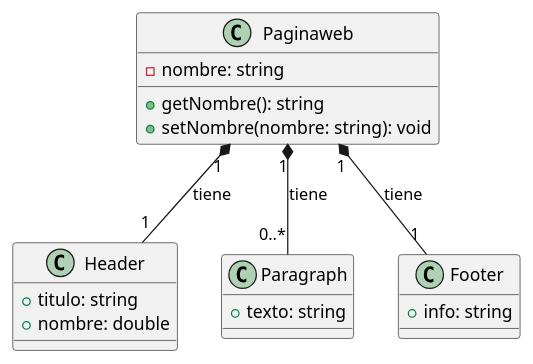
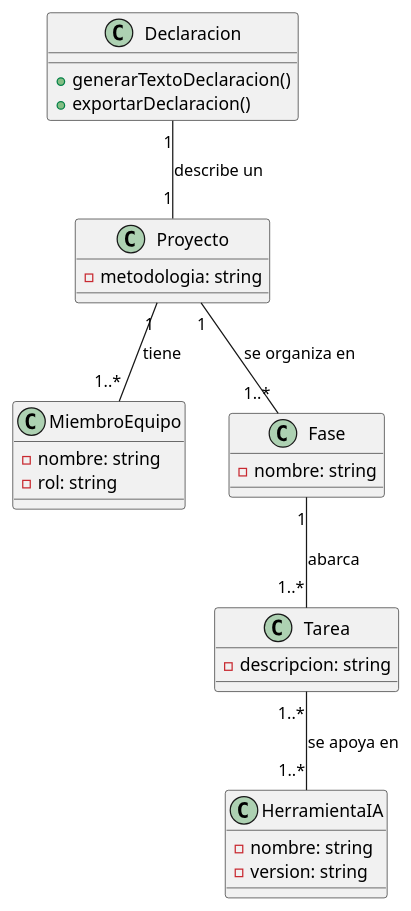
Before and after one commit to Lude2004/mda-pim-text-generation: the diagram in diagram-clases/plantUML/plantUml.puml, drawn with PlantUML. The commit also changed 3 other files, not shown here.

```diff
--- a/diagram-clases/plantUML/plantUml.puml
+++ b/diagram-clases/plantUML/plantUml.puml
@@ -1,27 +1,40 @@
 @startuml Ejemplo
-    class Paginaweb {
-    -nombre: string
-    +getNombre(): string
-    +setNombre(nombre: string): void
+    class Declaracion {
+        +generarTextoDeclaracion()
+        +exportarDeclaracion()
     }
 
 
-    class Header {
-    +titulo: string
-    +nombre: double
+    class Proyecto {
+        -metodologia: string
     }
 
 
-    class Paragraph {
-    +texto: string
+    class MiembroEquipo {
+        -nombre: string
+        -rol: string
     }
 
 
-    class Footer {
-    +info: string
+    class Fase {
+        -nombre: string
     }
 
-    Paginaweb "1" *-- "1" Header : tiene
-    Paginaweb "1" *-- "0..*" Paragraph : tiene
-    Paginaweb "1" *-- "1" Footer : tiene
+
+    class Tarea {
+        -descripcion: string
+    }
+
+
+    class HerramientaIA {
+        -nombre: string
+        -version: string
+    }
+
+
+    Declaracion "1" -- "1" Proyecto : describe un
+    Proyecto "1" -- "1..*" MiembroEquipo : tiene
+    Proyecto "1" -- "1..*" Fase : se organiza en
+    Fase "1" -- "1..*" Tarea : abarca
+    Tarea "1..*" -- "1..*" HerramientaIA : se apoya en
 @enduml
```
